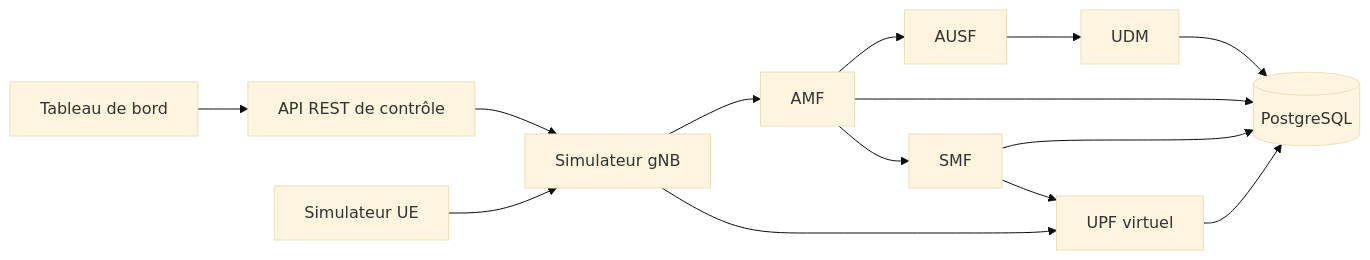
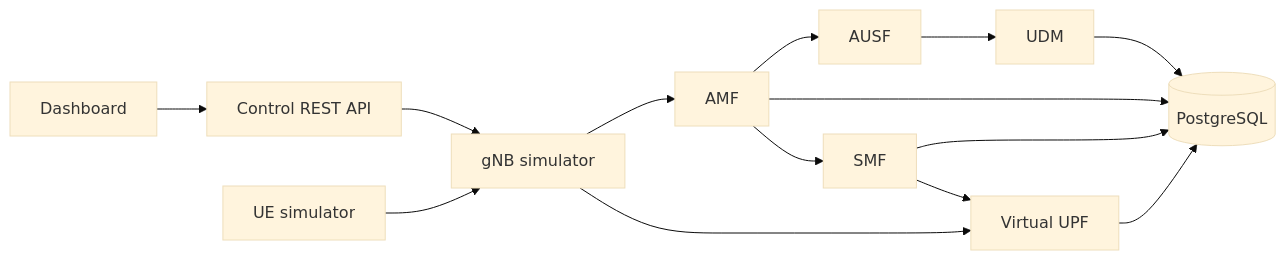
One commit to ABDOUUisHERE/5G-Core-Network-Simulator changed the diagram in README.md. Above: the diagram before and after it, drawn with Mermaid (base theme). The commit also changed other lines of this file and 6 other files, not shown here.

````diff
--- a/README.md
+++ b/README.md
@@ -63,16 +61,16 @@
 ```mermaid
 flowchart LR
-    UI[Tableau de bord] --> API[API REST de contrôle]
-    API --> GNB[Simulateur gNB]
-    UE[Simulateur UE] --> GNB
+    UI[Dashboard] --> API[Control REST API]
+    API --> GNB[gNB simulator]
+    UE[UE simulator] --> GNB
     GNB --> AMF
     AMF --> AUSF
     AUSF --> UDM
     AMF --> SMF
-    SMF --> UPF[UPF virtuel]
+    SMF --> UPF[Virtual UPF]
     GNB --> UPF
     UDM --> DB[(PostgreSQL)]
     AMF --> DB
     SMF --> DB
     UPF --> DB
 ```
````
